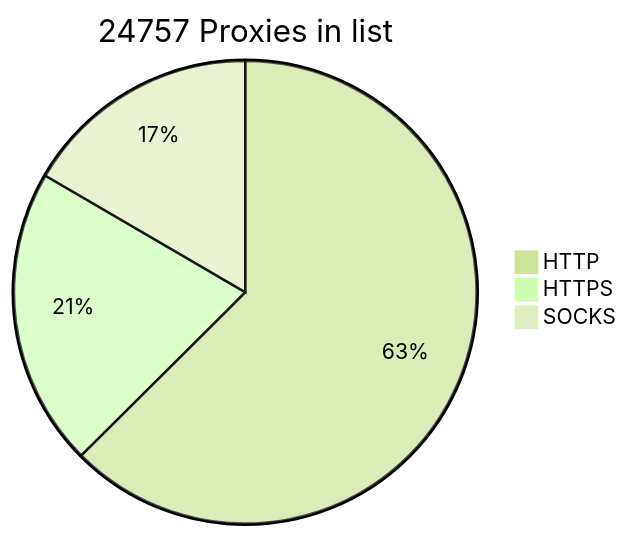
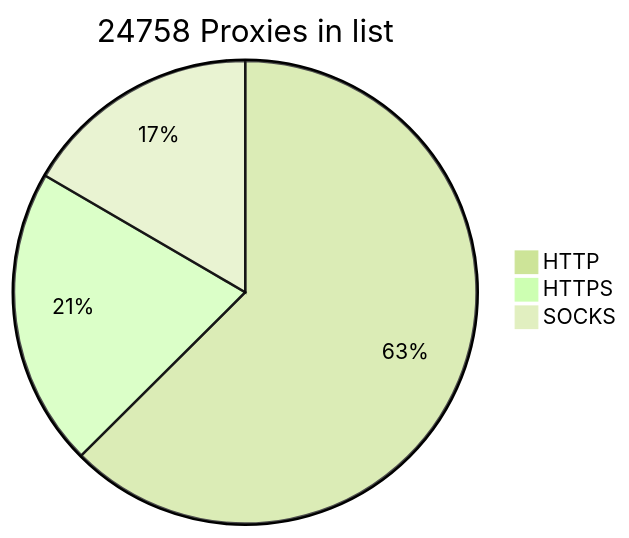
The diagram in README.md (BlackSnowDot/proxylist-update-every-minute), drawn with Mermaid (forest theme) before and after one commit.

````diff
--- a/README.md
+++ b/README.md
@@ -2,6 +2,6 @@
 ```mermaid
-pie title 24757 Proxies in list
-    "HTTP" : 17934
+pie title 24758 Proxies in list
+    "HTTP" : 17935
     "HTTPS": 5984
-    "SOCKS" : 4759
+    "SOCKS" : 4760
 ```
````
